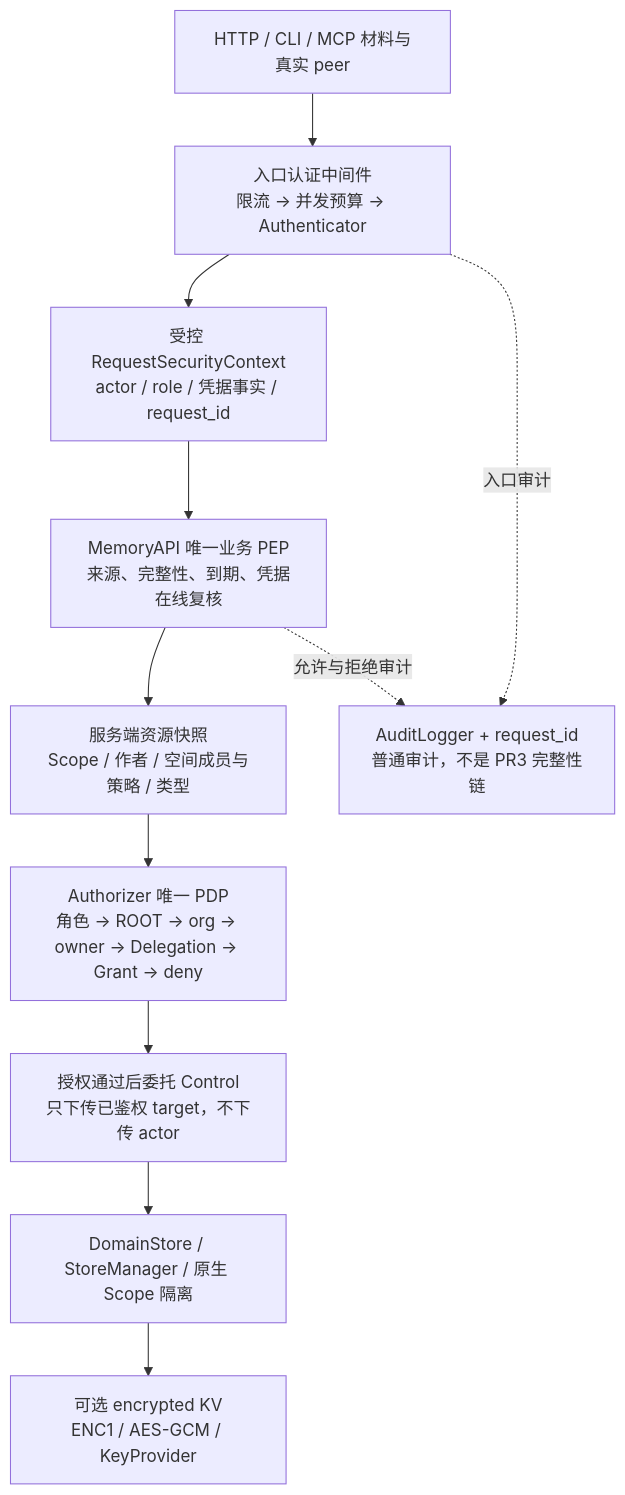
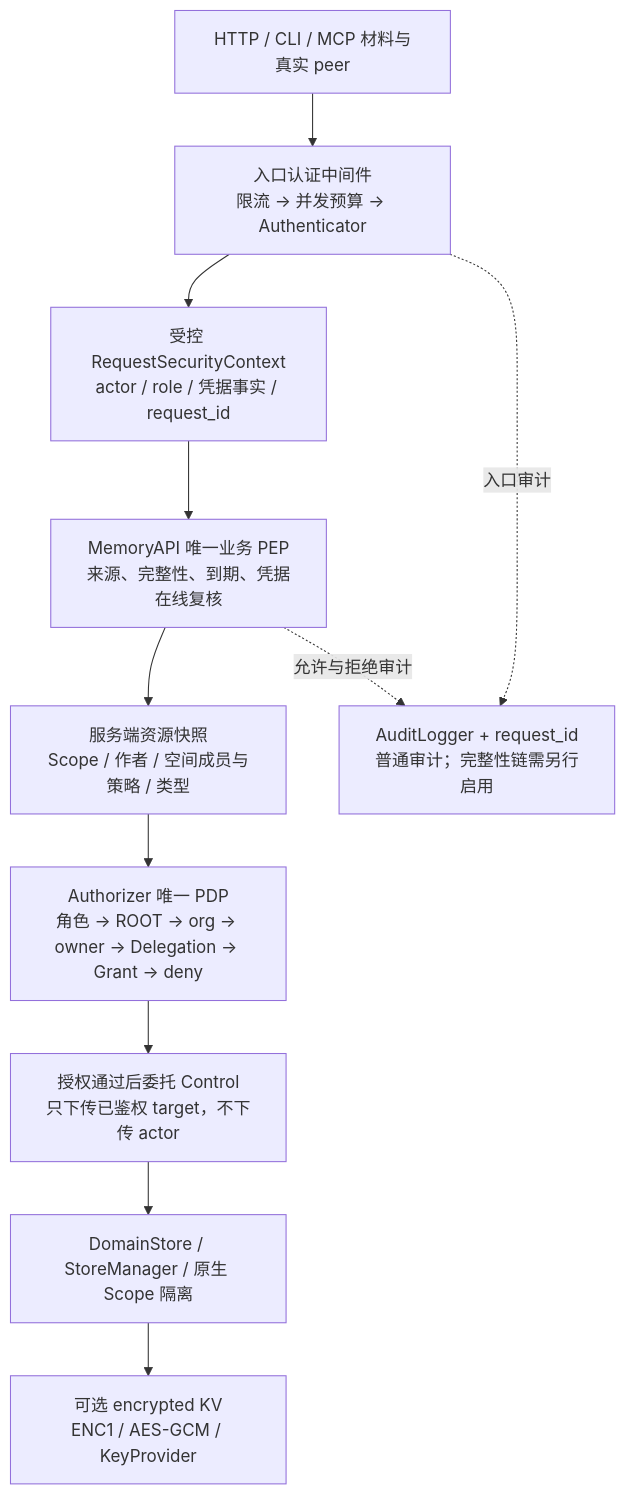
One commit to openJiuwen-ai/agent-memory changed the diagram in docs/zh/API文档/security.md. Above: the diagram before and after it, drawn with Mermaid. The commit also changed other lines of this file, not shown here.

````diff
--- a/docs/zh/API文档/security.md
+++ b/docs/zh/API文档/security.md
@@ -72,13 +78,13 @@
 ```mermaid
 flowchart TB
     Request["HTTP / CLI / MCP 材料与真实 peer"] --> Edge["入口认证中间件\n限流 → 并发预算 → Authenticator"]
     Edge --> Context["受控 RequestSecurityContext\nactor / role / 凭据事实 / request_id"]
     Context --> PEP["MemoryAPI 唯一业务 PEP\n来源、完整性、到期、凭据在线复核"]
     PEP --> Facts["服务端资源快照\nScope / 作者 / 空间成员与策略 / 类型"]
     Facts --> PDP["Authorizer 唯一 PDP\n角色 → ROOT → org → owner → Delegation → Grant → deny"]
     PDP --> Control["授权通过后委托 Control\n只下传已鉴权 target，不下传 actor"]
     Control --> Storage["DomainStore / StoreManager / 原生 Scope 隔离"]
     Storage --> ENC["可选 encrypted KV\nENC1 / AES-GCM / KeyProvider"]
-    Edge -.入口审计.-> Audit["AuditLogger + request_id\n普通审计，不是 PR3 完整性链"]
+    Edge -.入口审计.-> Audit["AuditLogger + request_id\n普通审计；完整性链需另行启用"]
     PEP -.允许与拒绝审计.-> Audit
 ```
````
